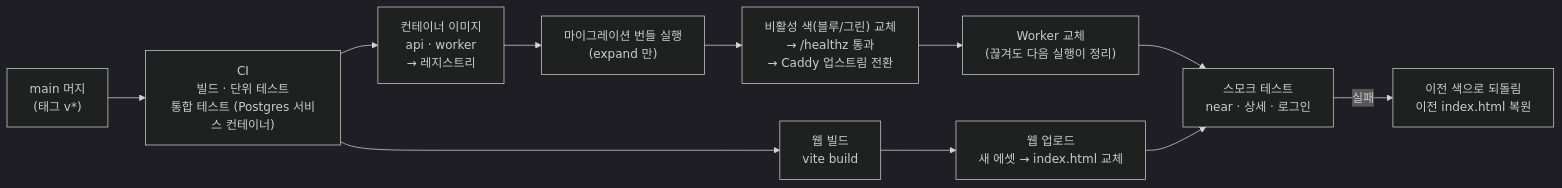
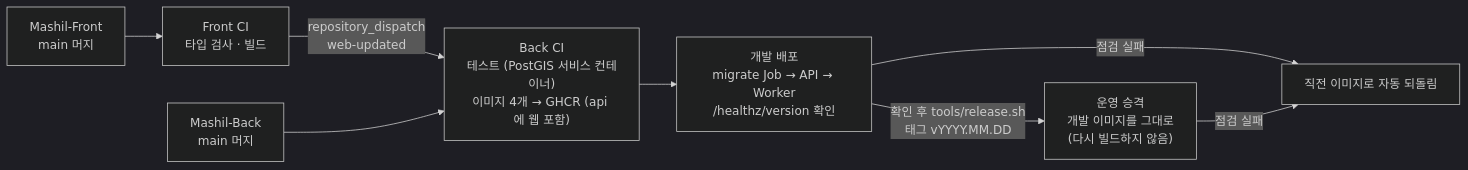
The second of 2 diagrams in docs/08-infrastructure.md (ironhiro/Mashil-App), drawn with Mermaid (dark theme) before and after one commit. The commit also changed other lines of this file and 2 other files, not shown here.

````diff
--- a/docs/08-infrastructure.md
+++ b/docs/08-infrastructure.md
@@ -129,13 +95,10 @@
 ```mermaid
 flowchart LR
-    Dev["main 머지<br/>(태그 v*)"] --> CI["CI<br/>빌드 · 단위 테스트<br/>통합 테스트 (Postgres 서비스 컨테이너)"]
-    CI --> Img["컨테이너 이미지<br/>api · worker<br/>→ 레지스트리"]
-    CI --> WebBuild["웹 빌드<br/>vite build"]
-    Img --> Mig["마이그레이션 번들 실행<br/>(expand 만)"]
-    Mig --> Swap["비활성 색(블루/그린) 교체<br/>→ /healthz 통과<br/>→ Caddy 업스트림 전환"]
-    Swap --> WorkerUp["Worker 교체<br/>(끊겨도 다음 실행이 정리)"]
-    WebBuild --> WebUp["웹 업로드<br/>새 에셋 → index.html 교체"]
-    WorkerUp --> Smoke["스모크 테스트<br/>near · 상세 · 로그인"]
-    WebUp --> Smoke
-    Smoke -->|"실패"| Rollback["이전 색으로 되돌림<br/>이전 index.html 복원"]
+    Front["Mashil-Front<br/>main 머지"] --> FCI["Front CI<br/>타입 검사 · 빌드"]
+    FCI -- "repository_dispatch<br/>web-updated" --> BCI
+    Back["Mashil-Back<br/>main 머지"] --> BCI["Back CI<br/>테스트 (PostGIS 서비스 컨테이너)<br/>이미지 4개 → GHCR (api 에 웹 포함)"]
+    BCI --> Dev["개발 배포<br/>migrate Job → API → Worker<br/>/healthz/version 확인"]
+    Dev -- "확인 후 tools/release.sh<br/>태그 vYYYY.MM.DD" --> Rel["운영 승격<br/>개발 이미지를 그대로<br/>(다시 빌드하지 않음)"]
+    Dev -- "점검 실패" --> RB["직전 이미지로 자동 되돌림"]
+    Rel -- "점검 실패" --> RB
 ```
````
